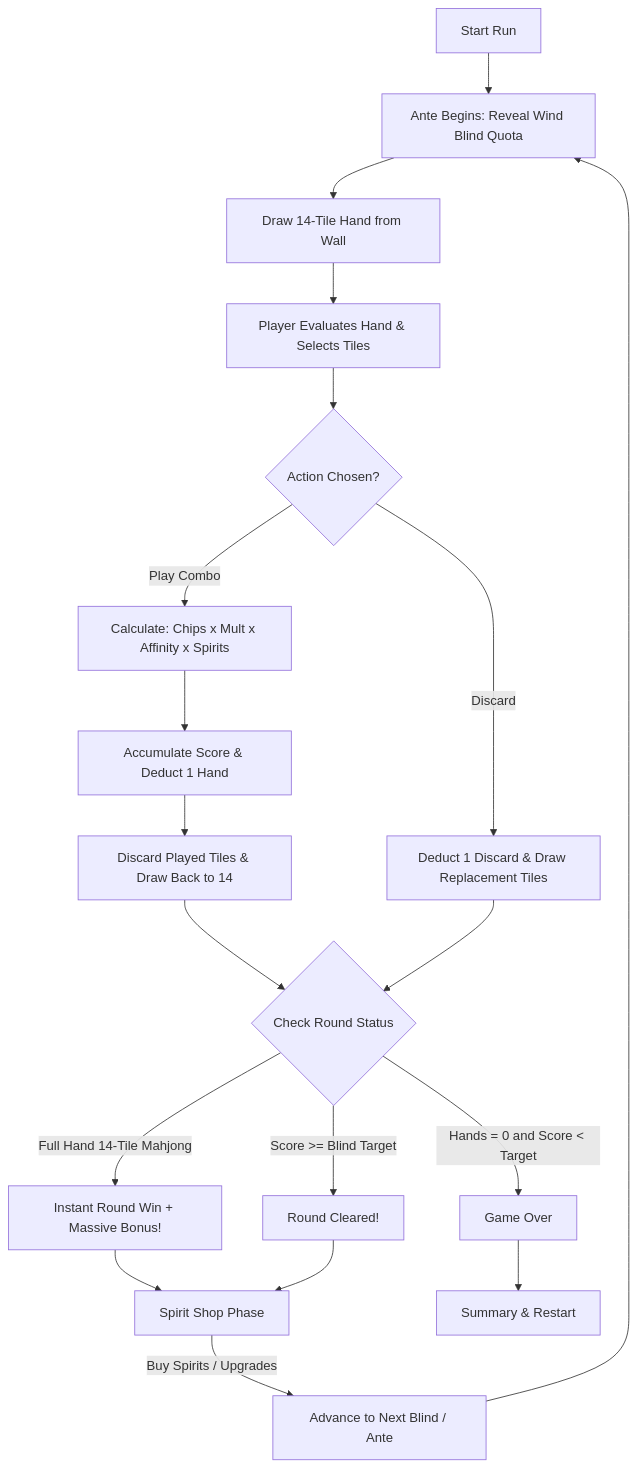
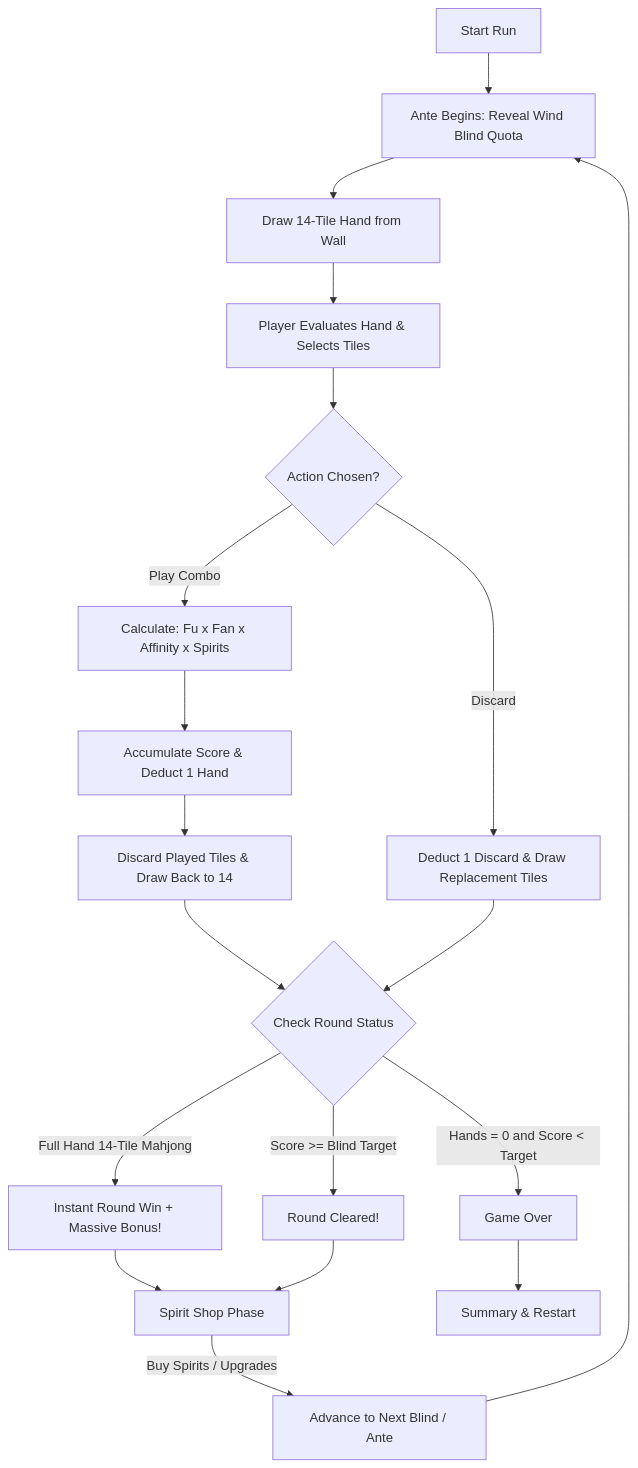
Before and after one commit to khaibatau-cn/Malajong: the diagram in document/GAME_DESIGN_DOCUMENT.md, drawn with Mermaid. The commit also changed other lines of this file and 11 other files, not shown here.

````diff
--- a/document/GAME_DESIGN_DOCUMENT.md
+++ b/document/GAME_DESIGN_DOCUMENT.md
@@ -75,27 +75,27 @@
 ```mermaid
 flowchart TD
     A[Start Run] --> B[Ante Begins: Reveal Wind Blind Quota]
     B --> C[Draw 14-Tile Hand from Wall]
     C --> D[Player Evaluates Hand & Selects Tiles]
     D --> E{Action Chosen?}
     
-    E -->|Play Combo| F[Calculate: Chips x Mult x Affinity x Spirits]
+    E -->|Play Combo| F[Calculate: Fu x Fan x Affinity x Spirits]
     F --> G[Accumulate Score & Deduct 1 Hand]
     G --> H[Discard Played Tiles & Draw Back to 14]
     
     E -->|Discard| I[Deduct 1 Discard & Draw Replacement Tiles]
     
     H --> J{Check Round Status}
     I --> J
     
     J -->|Full Hand 14-Tile Mahjong| K[Instant Round Win + Massive Bonus!]
     J -->|Score >= Blind Target| L[Round Cleared!]
     J -->|Hands = 0 and Score < Target| M[Game Over]
     
     K --> N[Spirit Shop Phase]
     L --> N
     N -->|Buy Spirits / Upgrades| O[Advance to Next Blind / Ante]
     O --> B
     
     M --> P[Summary & Restart]
 ```
````
